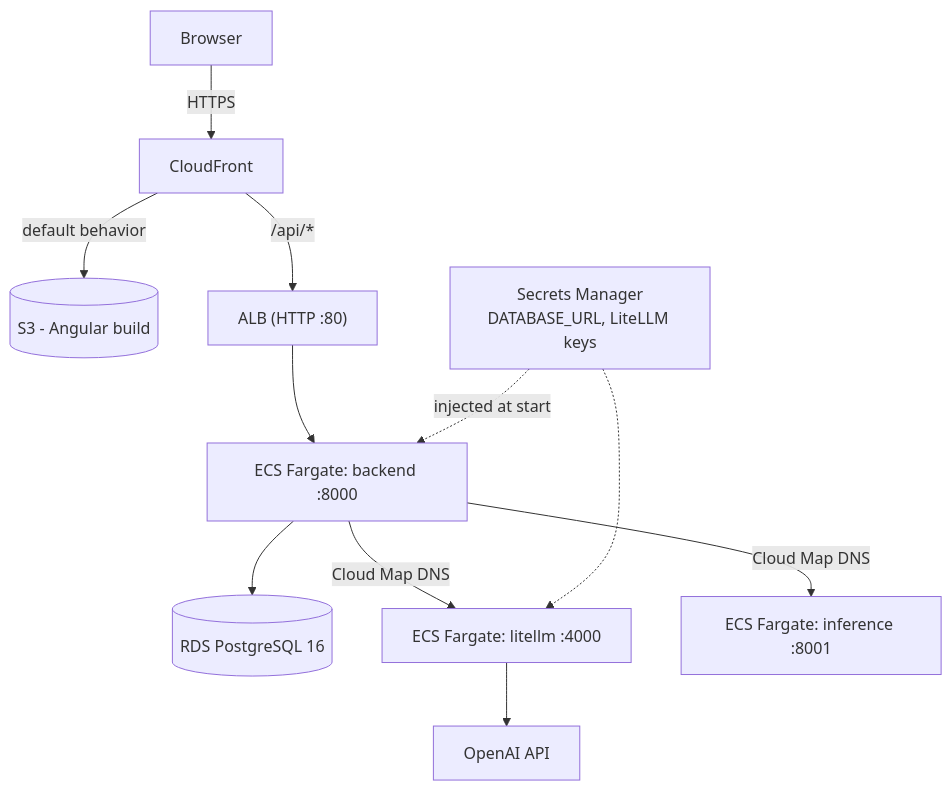
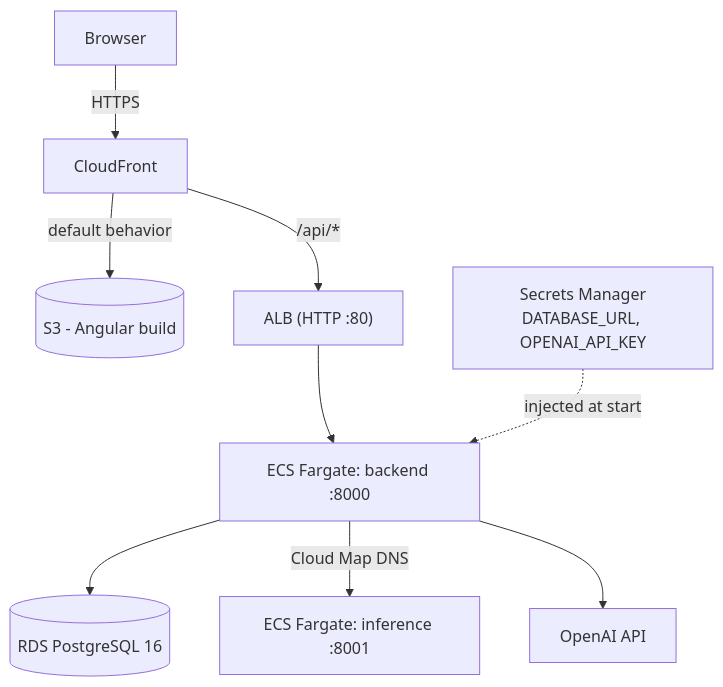
The second of 2 diagrams in docs/ARCHITECTURE.md (JC-prog/sentinel-pcb), drawn with Mermaid before and after one commit. The commit also changed other lines of this file and 10 other files, not shown here.

First line of the commit message:
docs: LiteLLM is gone, the app calls OpenAI directly

````diff
--- a/docs/ARCHITECTURE.md
+++ b/docs/ARCHITECTURE.md
@@ -321,15 +320,13 @@
 ```mermaid
 flowchart TD
     user["Browser"] -->|HTTPS| cfd["CloudFront"]
     cfd -->|"default behavior"| s3[("S3 - Angular build")]
     cfd -->|"/api/*"| alb["ALB (HTTP :80)"]
     alb --> be["ECS Fargate: backend :8000"]
 
     be --> rds[("RDS PostgreSQL 16")]
-    be -->|Cloud Map DNS| lite["ECS Fargate: litellm :4000"]
     be -->|Cloud Map DNS| inf["ECS Fargate: inference :8001"]
-    lite --> oai["OpenAI API"]
+    be --> oai["OpenAI API"]
 
-    sm["Secrets Manager<br/>DATABASE_URL, LiteLLM keys"] -.->|injected at start| be
-    sm -.-> lite
+    sm["Secrets Manager<br/>DATABASE_URL, OPENAI_API_KEY"] -.->|injected at start| be
 ```
````
